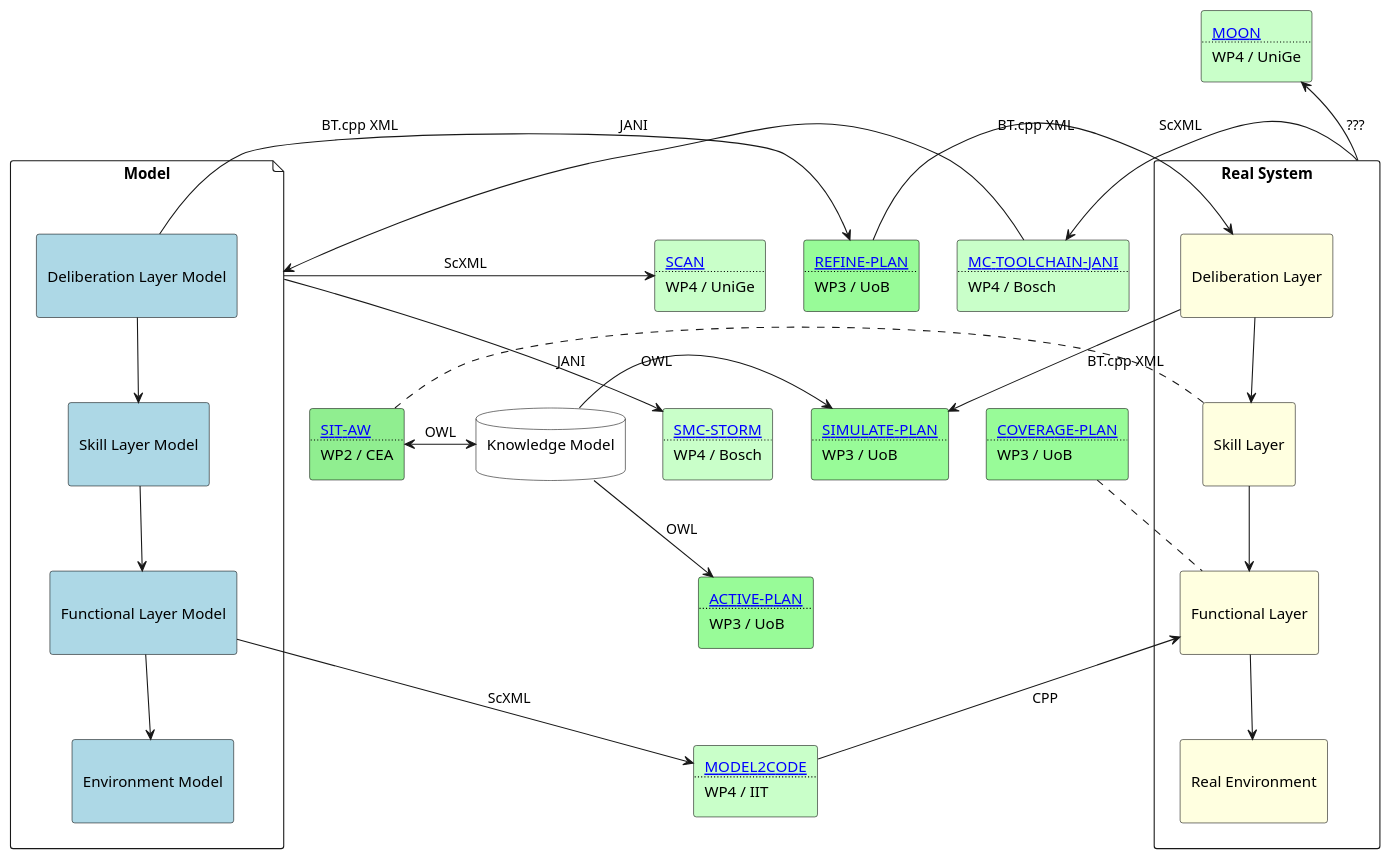
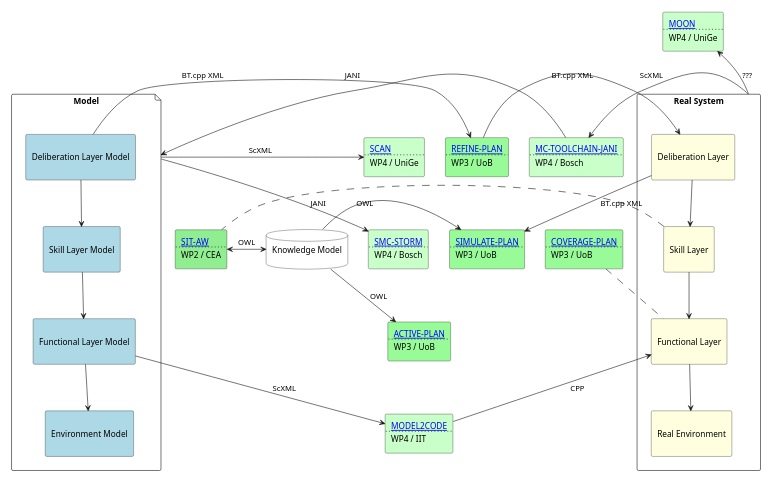
Before and after one commit to convince-project/overview: the diagram in docs/source/overview.plantuml, drawn with PlantUML. The commit also changed 1 other file, not shown here.

Commit message:
plantuml as file import

```diff
--- a/docs/source/overview.plantuml
+++ b/docs/source/overview.plantuml
@@ -1,141 +1,143 @@
-@startuml
+@startuml overview
+scale 700 width
+
 skinparam agent {
     BackgroundColor White
     BorderColor Black
 }
 skinparam database {
     BackgroundColor White
     BorderColor Black
 }
 
 rectangle "Real System" as r {
     agent "\nDeliberation Layer\n" as rdelib #LightYellow
     agent "\nSkill Layer\n" as rskill #LightYellow
     agent "\nFunctional Layer\n" as rfunc #LightYellow
     agent "\nReal Environment\n" as renv #LightYellow
 
     rdelib --> rskill
     rskill --> rfunc
     rfunc --> renv
 }
 
 file "Model" as m {
     agent "\nDeliberation Layer Model\n" as mdelib #LightBlue
     agent "\nSkill Layer Model\n" as mskill #LightBlue
     agent "\nFunctional Layer Model\n" as mfunc #LightBlue
     agent "\nEnvironment Model\n" as menv #LightBlue
 
     mdelib --> mskill
     mskill --> mfunc
     mfunc --> menv
 }
 
 m -[hidden]> r
 
 renv -[hidden]> menv
 rdelib -[hidden]> mdelib
 
 database "Knowledge Model\n" as k 
 
 ' renv -[hidden]> k
 ' k -[hidden]> menv
 
 ' WP2
 
 ' rectangle WP2 #line.dashed{
 agent sitaw #LightGreen [
 [[https:///github.com/convince-project/sit-aw SIT-AW]]
 ....
 WP2 / CEA
 ]
 ' }
 
 sitaw -[hidden]> rskill
 rskill .. sitaw
 sitaw <-> k : OWL
 
 ' WP3
 
 ' rectangle WP3 #line.dashed {
 agent refineplan #PaleGreen [
 [[https://github.com/convince-project/refine-plan REFINE-PLAN]]
 ....
 WP3 / UoB
 ] 
 agent coverageplan #PaleGreen [
 [[https:///github.com/convince-project/coverage-plan COVERAGE-PLAN]]
 ....
 WP3 / UoB
 ]
 agent activeplan #PaleGreen [
 [[https://github.com/convince-project/active-plan ACTIVE-PLAN]]
 ....
 WP3 / UoB
 ] 
 agent simulateplan #PaleGreen [
 [[https://github.com/convince-project/simulate-plan SIMULATE-PLAN]]
 ....
 WP3 / UoB
 ] 
 refineplan -[hidden]-> simulateplan
 simulateplan -[hidden]-> activeplan
 ' }
 
 coverageplan .. rfunc
 mdelib -> refineplan : "BT.cpp XML"
 refineplan -> rdelib : "BT.cpp XML"
 rdelib -> simulateplan : "BT.cpp XML"
 k -> simulateplan : OWL
 k -> activeplan : OWL
 
 ' WP4
 
 ' rectangle WP4 #line.dashed {
 agent moon #TECHNOLOGY [
 [[https:///github.com/convince-project/moon MOON]]
 ....
 WP4 / UniGe
 ]
 ' together {
 agent scan #TECHNOLOGY [
 [[https:///github.com/convince-project/scan SCAN]]
 ....
 WP4 / UniGe
 ]
 agent storm #TECHNOLOGY [
 [[https:///github.com/convince-project/smc_storm SMC-STORM]]
 ....
 WP4 / Bosch
 ]
 scan -[hidden]-> storm
 ' }
 ' together {
 agent jani #TECHNOLOGY [
 [[https:///github.com/convince-project/mc-toolchain-jani MC-TOOLCHAIN-JANI]]
 ....
 WP4 / Bosch
 ]
 agent modeltocode #TECHNOLOGY [
 [[https:///github.com/convince-project/modeltocode MODEL2CODE]]
 ....
 WP4 / IIT
 ]
 ' }
 ' activeplan -[hidden]-> jani
 activeplan -[hidden]-> modeltocode
 
 moon -[hidden]> scan
 moon -[hidden]-> rdelib
 
 moon <-- r : ???
 
 m -> storm : "JANI"
 m -> scan : "ScXML"
 
 r -> jani : "ScXML"
 jani -> m : "JANI"
 rfunc <- modeltocode : "CPP"
 modeltocode <- mfunc : "ScXML"
 
 refineplan -[hidden]> jani
 @enduml
```
